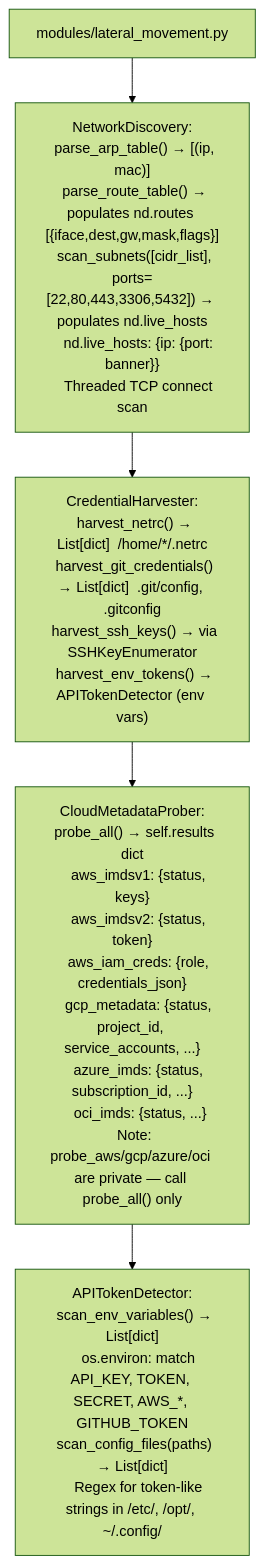
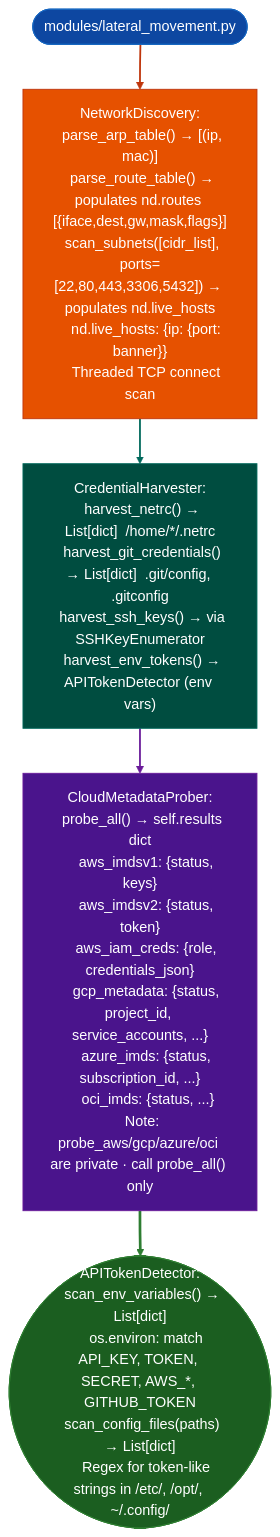
One commit to Ablation-Tool/ablation changed the diagram in docs/reference-modules/internal-network-reconnaissance.md. Above: the diagram before and after it, drawn with Mermaid (forest theme). The commit also changed 320 other files, not shown here.

First line of the commit message:
docs: apply canonical Mermaid template to all 321 diagrams

````diff
--- a/docs/reference-modules/internal-network-reconnaissance.md
+++ b/docs/reference-modules/internal-network-reconnaissance.md
@@ -19,7 +19,17 @@
 ```mermaid
 flowchart TD
-    A["modules/lateral_movement.py"] --> B["NetworkDiscovery:\n  parse_arp_table() → [(ip, mac)]\n  parse_route_table() → populates nd.routes [{iface,dest,gw,mask,flags}]\n  scan_subnets([cidr_list], ports=[22,80,443,3306,5432]) → populates nd.live_hosts\n    nd.live_hosts: {ip: {port: banner}}\n    Threaded TCP connect scan"]
-    B --> C["CredentialHarvester:\n  harvest_netrc() → List[dict]  /home/*/.netrc\n  harvest_git_credentials() → List[dict]  .git/config, .gitconfig\n  harvest_ssh_keys() → via SSHKeyEnumerator\n  harvest_env_tokens() → APITokenDetector (env vars)"]
-    C --> D["CloudMetadataProber:\n  probe_all() → self.results dict\n    aws_imdsv1: {status, keys}\n    aws_imdsv2: {status, token}\n    aws_iam_creds: {role, credentials_json}\n    gcp_metadata: {status, project_id, service_accounts, ...}\n    azure_imds: {status, subscription_id, ...}\n    oci_imds: {status, ...}\n  Note: probe_aws/gcp/azure/oci are private — call probe_all() only"]
-    D --> E["APITokenDetector:\n  scan_env_variables() → List[dict]\n    os.environ: match API_KEY, TOKEN, SECRET, AWS_*, GITHUB_TOKEN\n  scan_config_files(paths) → List[dict]\n    Regex for token-like strings in /etc/, /opt/, ~/.config/"]
+    A(["modules/lateral_movement.py"]):::input --> B["NetworkDiscovery:\n  parse_arp_table() → [(ip, mac)]\n  parse_route_table() → populates nd.routes [{iface,dest,gw,mask,flags}]\n  scan_subnets([cidr_list], ports=[22,80,443,3306,5432]) → populates nd.live_hosts\n    nd.live_hosts: {ip: {port: banner}}\n    Threaded TCP connect scan"]:::primary
+    B:::primary --> C["CredentialHarvester:\n  harvest_netrc() → List[dict]  /home/*/.netrc\n  harvest_git_credentials() → List[dict]  .git/config, .gitconfig\n  harvest_ssh_keys() → via SSHKeyEnumerator\n  harvest_env_tokens() → APITokenDetector (env vars)"]:::secondary
+    C:::secondary --> D["CloudMetadataProber:\n  probe_all() → self.results dict\n    aws_imdsv1: {status, keys}\n    aws_imdsv2: {status, token}\n    aws_iam_creds: {role, credentials_json}\n    gcp_metadata: {status, project_id, service_accounts, ...}\n    azure_imds: {status, subscription_id, ...}\n    oci_imds: {status, ...}\n  Note: probe_aws/gcp/azure/oci are private · call probe_all() only"]:::tertiary
+    D:::tertiary --> E(["APITokenDetector:\n  scan_env_variables() → List[dict]\n    os.environ: match API_KEY, TOKEN, SECRET, AWS_*, GITHUB_TOKEN\n  scan_config_files(paths) → List[dict]\n    Regex for token-like strings in /etc/, /opt/, ~/.config/"]):::output
+    classDef input     fill:#0d47a1,stroke:#1565c0,color:#fff
+    classDef primary   fill:#e65100,stroke:#bf360c,color:#fff
+    classDef secondary fill:#004d40,stroke:#00695c,color:#fff
+    classDef tertiary  fill:#4a148c,stroke:#6a1b9a,color:#fff
+    classDef neutral   fill:#37474f,stroke:#546e7a,color:#fff
+    classDef output    fill:#1b5e20,stroke:#2e7d32,color:#fff
+    linkStyle 0 stroke:#bf360c,stroke-width:2px
+    linkStyle 1 stroke:#00695c,stroke-width:2px
+    linkStyle 2 stroke:#6a1b9a,stroke-width:2px
+    linkStyle 3 stroke:#2e7d32,stroke-width:3px
 ```
````
